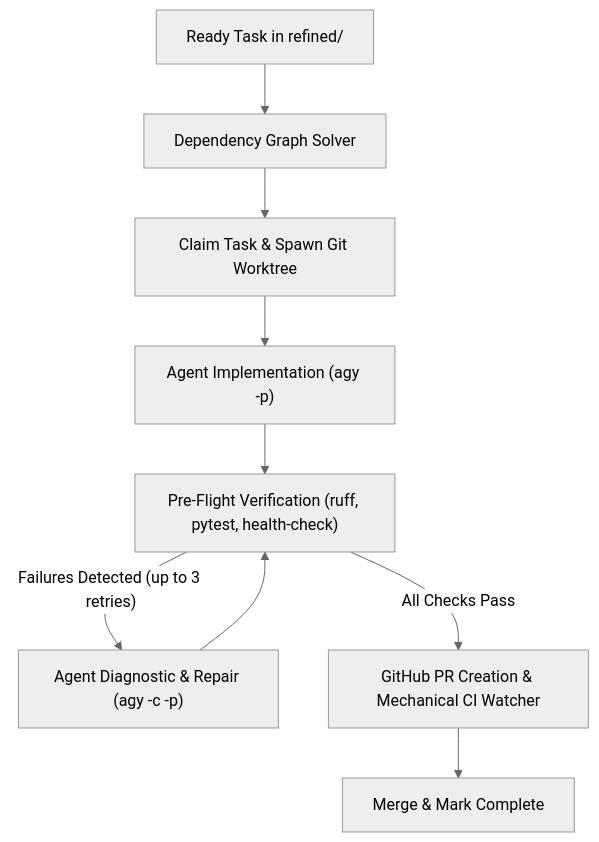
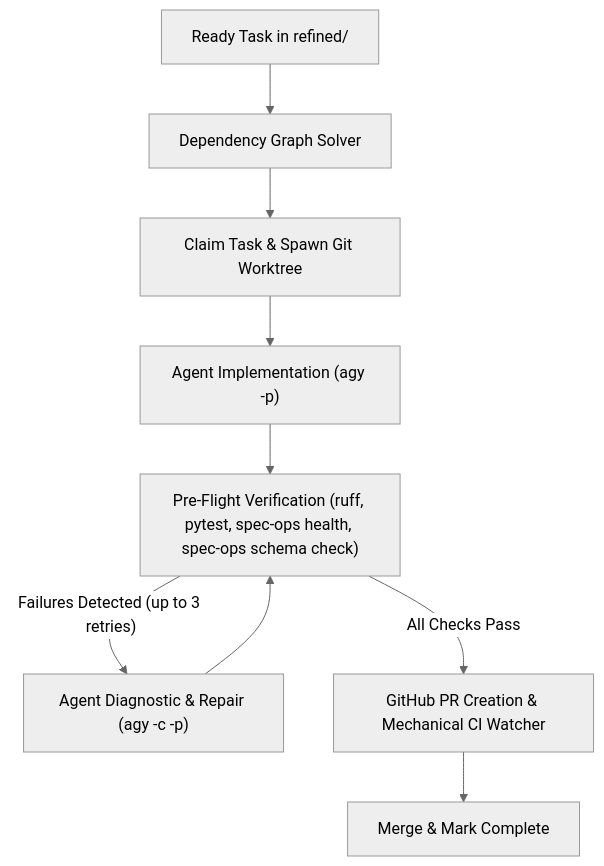
Before and after one commit to tyevans/runefoble: the diagram in docs/how-to/run-autonomous-backlog-engine.md, drawn with Mermaid (neutral theme). The commit also changed 4 other files, not shown here.

First line of the commit message:
fix(task-0668): point preflight, AGY prompt, and curate script at spec-ops gates

````diff
--- a/docs/how-to/run-autonomous-backlog-engine.md
+++ b/docs/how-to/run-autonomous-backlog-engine.md
@@ -58,11 +58,11 @@
 ```mermaid
 flowchart TD
     A["Ready Task in refined/"] --> B["Dependency Graph Solver"]
     B --> C["Claim Task & Spawn Git Worktree"]
     C --> D["Agent Implementation (agy -p)"]
-    D --> E["Pre-Flight Verification (ruff, pytest, health-check)"]
+    D --> E["Pre-Flight Verification (ruff, pytest, spec-ops health, spec-ops schema check)"]
     E -- "Failures Detected (up to 3 retries)" --> R["Agent Diagnostic & Repair (agy -c -p)"]
     R --> E
     E -- "All Checks Pass" --> F["GitHub PR Creation & Mechanical CI Watcher"]
     F --> G["Merge & Mark Complete"]
 ```
````
